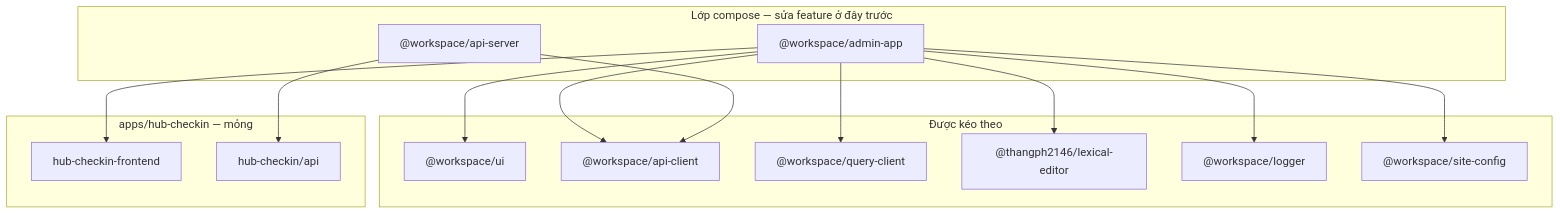
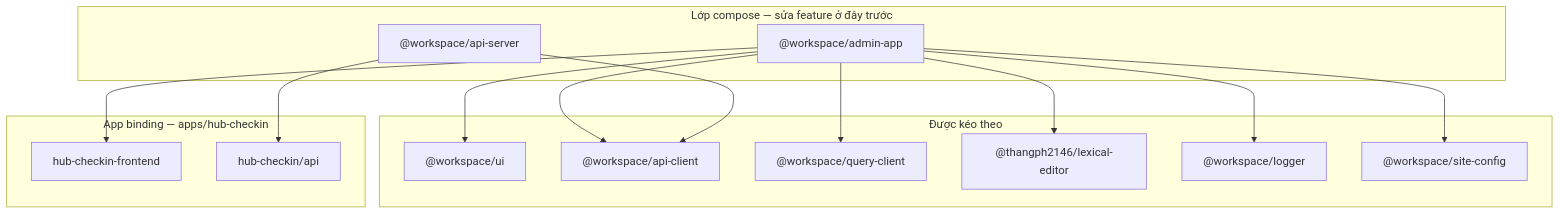
Before and after one commit to thangph2146/hub-parrent-template: the diagram in packages/README.md, drawn with Mermaid. The commit also changed other lines of this file and 9 other files, not shown here.

````diff
--- a/packages/README.md
+++ b/packages/README.md
@@ -9,33 +11,33 @@
 ```mermaid
 flowchart TB
   subgraph compose ["Lớp compose — sửa feature ở đây trước"]
     ADM["@workspace/admin-app"]
     API["@workspace/api-server"]
   end
 
   subgraph support ["Được kéo theo"]
     UI["@workspace/ui"]
     CLI["@workspace/api-client"]
     QC["@workspace/query-client"]
     ED["@thangph2146/lexical-editor"]
     LOG["@workspace/logger"]
     CFG["@workspace/site-config"]
   end
 
   ADM --> UI
   ADM --> CLI
   ADM --> QC
   ADM --> ED
   ADM --> LOG
   ADM --> CFG
 
   API --> CLI
 
-  subgraph apps ["apps/hub-checkin — mỏng"]
+  subgraph apps ["App binding — apps/hub-checkin"]
     FE["hub-checkin-frontend"]
     AP["hub-checkin/api"]
   end
 
   ADM --> FE
   API --> AP
 ```
````
